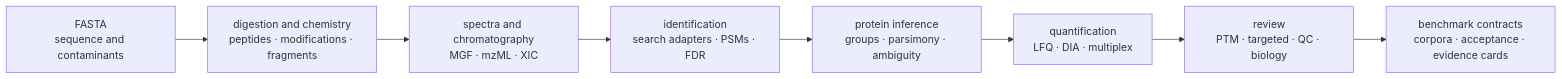
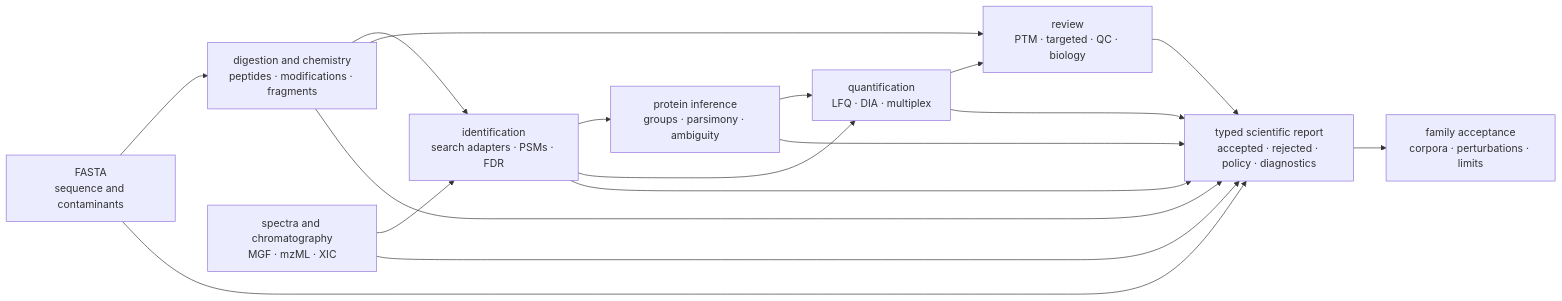
The first of 7 diagrams in docs/04-bijux-proteomics-core/index.md (bijux/bijux-proteomics), drawn with Mermaid before and after one commit. The commit also changed other lines of this file and 1 other file, not shown here.

Commit message:
docs(science): expose contract branches and acceptance evidence

````diff
--- a/docs/04-bijux-proteomics-core/index.md
+++ b/docs/04-bijux-proteomics-core/index.md
@@ -24,12 +24,28 @@
 ```mermaid
 flowchart LR
     sequence["FASTA\nsequence and contaminants"]
     chemistry["digestion and chemistry\npeptides · modifications · fragments"]
     signal["spectra and chromatography\nMGF · mzML · XIC"]
     identify["identification\nsearch adapters · PSMs · FDR"]
     infer["protein inference\ngroups · parsimony · ambiguity"]
     quantify["quantification\nLFQ · DIA · multiplex"]
     review["review\nPTM · targeted · QC · biology"]
-    benchmark["benchmark contracts\ncorpora · acceptance · evidence cards"]
-    sequence --> chemistry --> signal --> identify --> infer --> quantify --> review --> benchmark
+    report["typed scientific report\naccepted · rejected · policy · diagnostics"]
+    benchmark["family acceptance\ncorpora · perturbations · limits"]
+    sequence --> chemistry
+    chemistry --> identify
+    signal --> identify
+    identify --> infer
+    identify --> quantify
+    infer --> quantify
+    chemistry --> review
+    quantify --> review
+    sequence --> report
+    chemistry --> report
+    signal --> report
+    identify --> report
+    infer --> report
+    quantify --> report
+    review --> report
+    report --> benchmark
 ```
````
